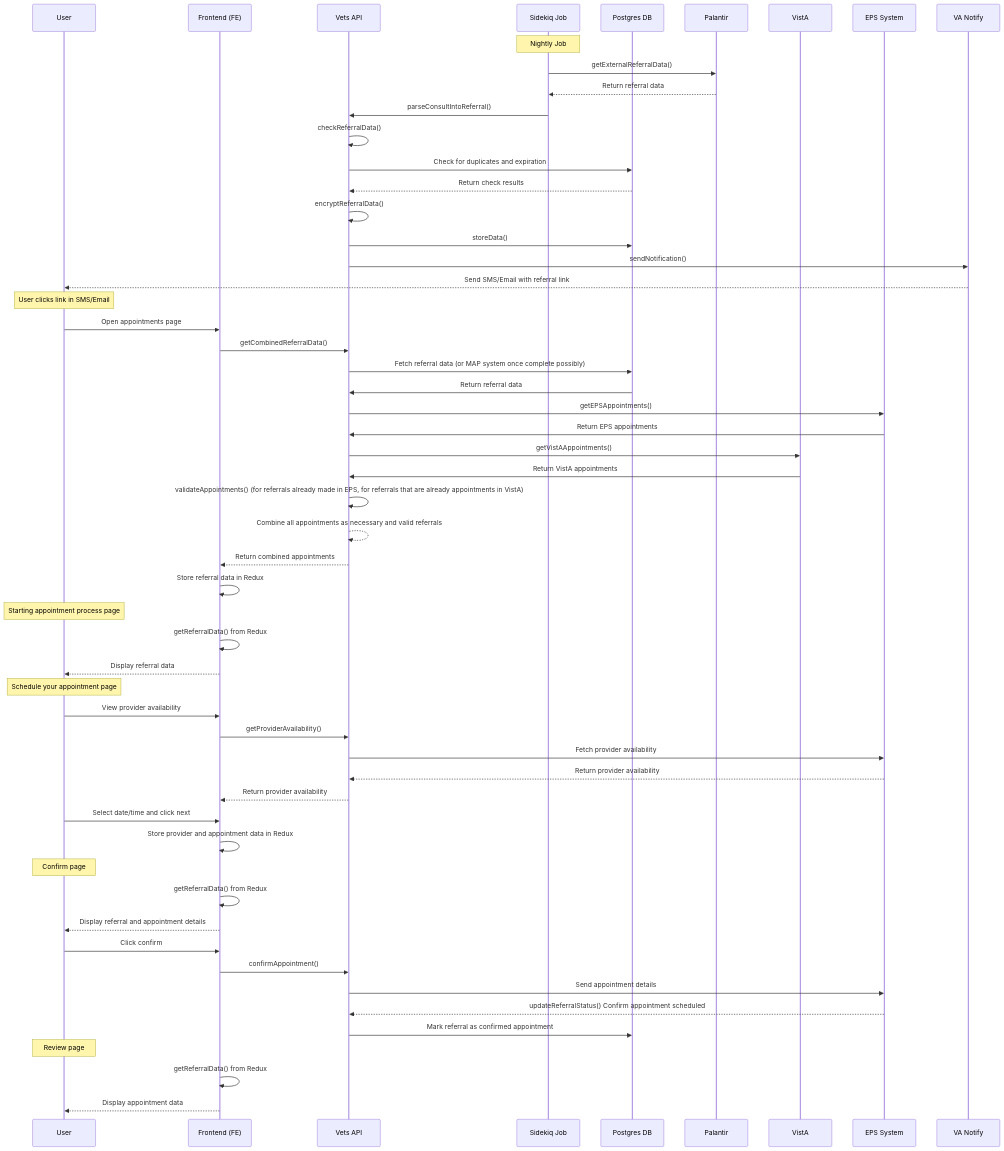
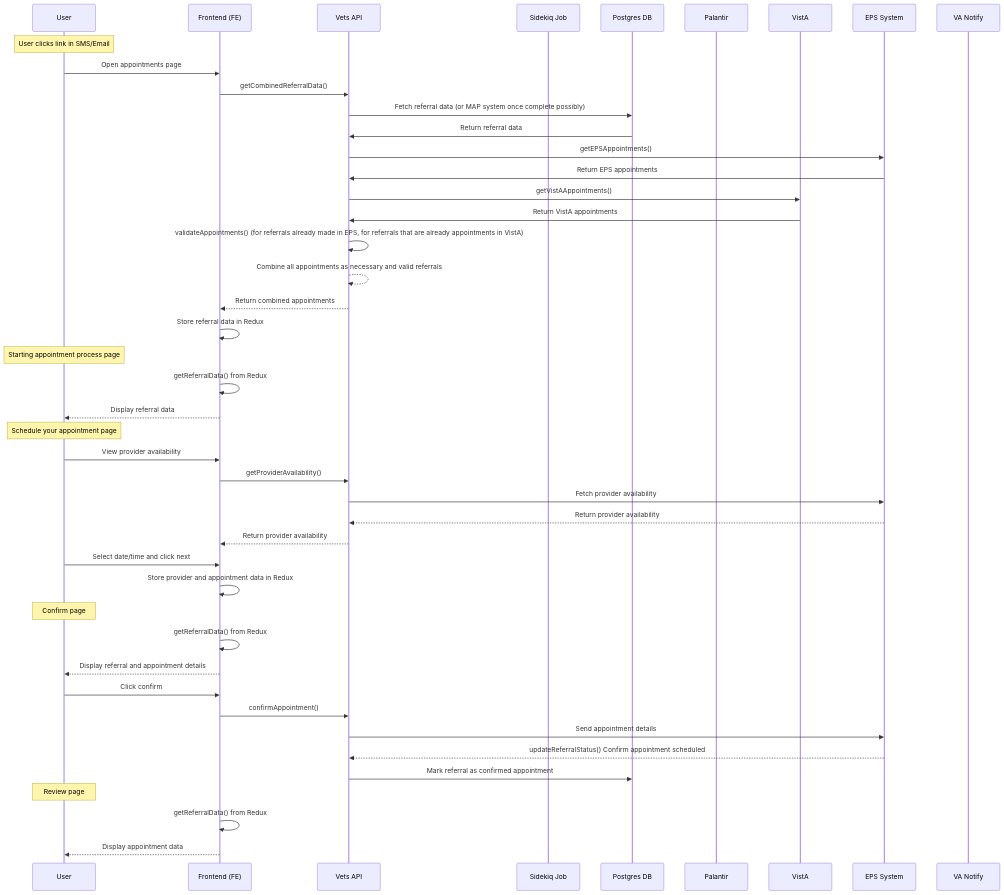
The fourth of 4 diagrams in products/health-care/appointments/va-online-scheduling/engineering/architecture/community-care-technical-documentation.md (department-of-veterans-affairs/va.gov-team), drawn with Mermaid before and after one commit. The commit also changed other lines of this file, not shown here.

````diff
--- a/products/health-care/appointments/va-online-scheduling/engineering/architecture/community-care-technical-documentation.md
+++ b/products/health-care/appointments/va-online-scheduling/engineering/architecture/community-care-technical-documentation.md
@@ -131,65 +131,53 @@
 ```mermaid
 sequenceDiagram
     participant User
     participant Frontend as Frontend (FE)
     participant VetsAPI as Vets API
     participant Sidekiq as Sidekiq Job
     participant Postgres as Postgres DB
     participant Palantir as Palantir
     participant VistA as VistA
     participant EPS as EPS System
     participant VA as VA Notify
-
-    Note over Sidekiq: Nightly Job
-    Sidekiq->>Palantir: getExternalReferralData()
-    Palantir-->>Sidekiq: Return referral data
-    Sidekiq->>VetsAPI: parseConsultIntoReferral()
-    VetsAPI->>VetsAPI: checkReferralData()
-    VetsAPI->>Postgres: Check for duplicates and expiration
-    Postgres-->>VetsAPI: Return check results
-    VetsAPI->>VetsAPI: encryptReferralData()
-    VetsAPI->>Postgres: storeData()
-    VetsAPI->>VA: sendNotification()
-    VA-->>User: Send SMS/Email with referral link
 
     Note over User: User clicks link in SMS/Email
     User->>Frontend: Open appointments page
     Frontend->>VetsAPI: getCombinedReferralData()
     VetsAPI->>Postgres: Fetch referral data (or MAP system once complete possibly)
     Postgres->>VetsAPI: Return referral data
     VetsAPI->>EPS: getEPSAppointments() 
     EPS->>VetsAPI: Return EPS appointments
     VetsAPI->>VistA: getVistAAppointments() 
     VistA->>VetsAPI: Return VistA appointments
     VetsAPI->>VetsAPI: validateAppointments() (for referrals already made in EPS, for referrals that are already appointments in VistA)
     VetsAPI-->>VetsAPI: Combine all appointments as necessary and valid referrals
     VetsAPI-->>Frontend: Return combined appointments
     Frontend->>Frontend: Store referral data in Redux
     
 
     Note over User: Starting appointment process page
     Frontend->>Frontend: getReferralData() from Redux
     Frontend-->>User: Display referral data
 
     Note over User: Schedule your appointment page
     User->>Frontend: View provider availability
     Frontend->>VetsAPI: getProviderAvailability()
     VetsAPI->>EPS: Fetch provider availability
     EPS-->>VetsAPI: Return provider availability
     VetsAPI-->>Frontend: Return provider availability
     User->>Frontend: Select date/time and click next
     Frontend->>Frontend: Store provider and appointment data in Redux
 
     Note over User: Confirm page
     Frontend->>Frontend: getReferralData() from Redux
     Frontend-->>User: Display referral and appointment details
     User->>Frontend: Click confirm
     Frontend->>VetsAPI: confirmAppointment()
     VetsAPI->>EPS: Send appointment details
     EPS-->>VetsAPI: updateReferralStatus() Confirm appointment scheduled
     VetsAPI->>Postgres: Mark referral as confirmed appointment
 
     Note over User: Review page
     Frontend->>Frontend: getReferralData() from Redux
     Frontend-->>User: Display appointment data
 ```
````
